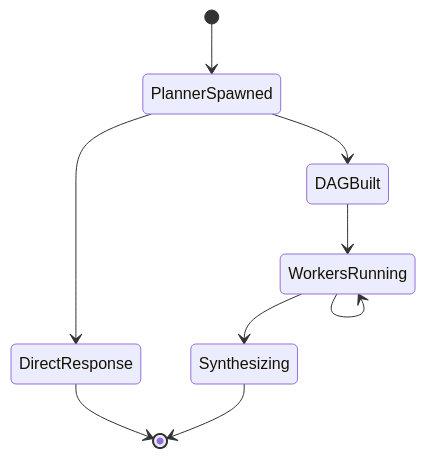
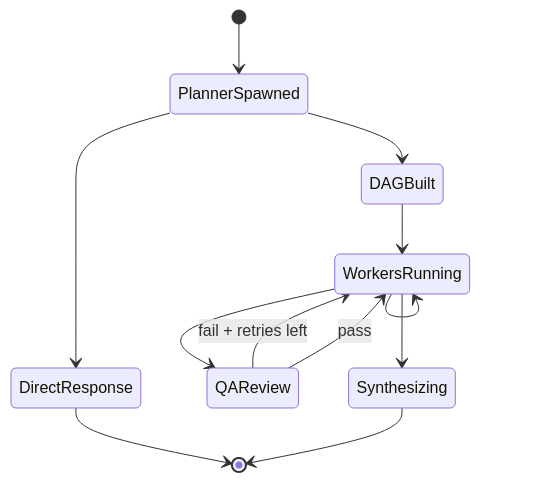
Before and after one commit to id/skitter: the first of 8 diagrams in docs/architecture.md, drawn with Mermaid. The commit also changed other lines of this file and 4 other files, not shown here.

````diff
--- a/docs/architecture.md
+++ b/docs/architecture.md
@@ -13,11 +13,14 @@
 ```mermaid
 stateDiagram-v2
     [*] --> PlannerSpawned
     PlannerSpawned --> DirectResponse
     PlannerSpawned --> DAGBuilt
     DirectResponse --> [*]
     DAGBuilt --> WorkersRunning
     WorkersRunning --> WorkersRunning
+    WorkersRunning --> QAReview
+    QAReview --> WorkersRunning: fail + retries left
+    QAReview --> WorkersRunning: pass
     WorkersRunning --> Synthesizing
     Synthesizing --> [*]
 ```
````
